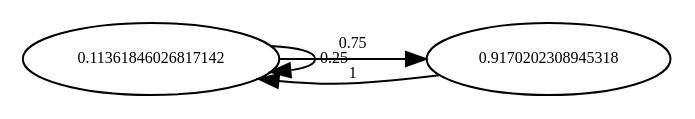
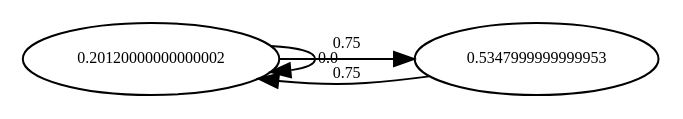
The diagram in experiments/scikitmflow/markov.gv (rnetonet/masters), drawn with Graphviz before and after one commit. The commit also changed 11 other files, not shown here.

```diff
--- a/experiments/scikitmflow/markov.gv
+++ b/experiments/scikitmflow/markov.gv
@@ -1,11 +1,11 @@
 // RBF
 digraph {
 	node [fontsize=8]
 	edge [fontsize=8]
 	edge [labelfloat=false]
-	0.11361846026817142
-	0.9170202308945318
-	0.11361846026817142 -> 0.11361846026817142 [label=0.25 constraint=false]
-	0.11361846026817142 -> 0.9170202308945318 [label=0.75 constraint=false]
-	0.9170202308945318 -> 0.11361846026817142 [label=1 constraint=false]
+	0.20120000000000002
+	0.5347999999999953
+	0.20120000000000002 -> 0.20120000000000002 [label=0.0 constraint=false]
+	0.20120000000000002 -> 0.5347999999999953 [label=0.75 constraint=false]
+	0.5347999999999953 -> 0.20120000000000002 [label=0.75 constraint=false]
 }
```
